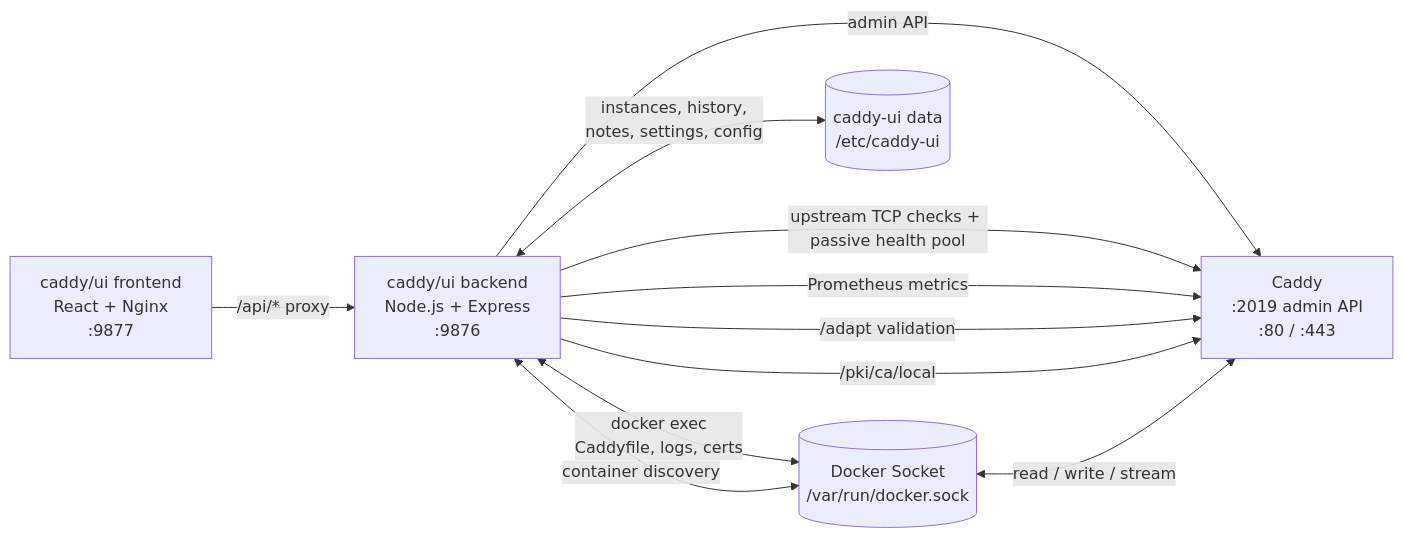
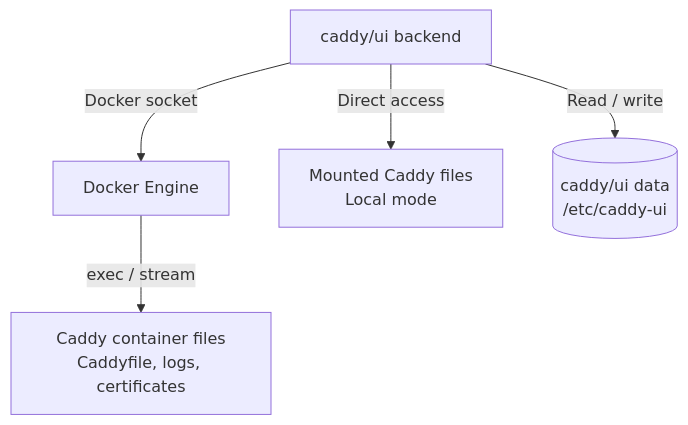
One commit to zackwag/caddy-ui changed the second of 2 diagrams in docs/src/architecture.md. Above: the diagram before and after it, drawn with Mermaid. The commit also changed other lines of this file and 2 other files, not shown here.

Commit message:
docs: improve architecture diagram readability

````diff
--- a/docs/src/architecture.md
+++ b/docs/src/architecture.md
@@ -5,19 +26,15 @@
 ```mermaid
-graph LR
-    FE["caddy/ui frontend\nReact + Nginx\n:9877"]
-    BE["caddy/ui backend\nNode.js + Express\n:9876"]
-    DS[("Docker Socket\n/var/run/docker.sock")]
-    CA["Caddy\n:2019 admin API\n:80 / :443"]
-    UI_DATA[("caddy-ui data\n/etc/caddy-ui")]
+flowchart TB
+    accTitle: Files and persistent data
+    accDescr: In Docker mode the backend accesses Caddy container files through the Docker Engine. In local mode it accesses mounted files directly. Application data is stored separately.
+    BE["caddy/ui backend"]
+    DOCKER["Docker Engine"]
+    LOCAL["Mounted Caddy files<br/>Local mode"]
+    DATA[("caddy/ui data<br/>/etc/caddy-ui")]
+    FILES["Caddy container files<br/>Caddyfile, logs, certificates"]
 
-    FE -->|"/api/* proxy"| BE
-    BE -->|"admin API"| CA
-    BE -->|"upstream TCP checks + passive health pool"| CA
-    BE -->|"Prometheus metrics"| CA
-    BE -->|"/adapt validation"| CA
-    BE -->|"/pki/ca/local"| CA
-    BE <-->|"docker exec\nCaddyfile, logs, certs"| DS
-    DS <-->|"read / write / stream"| CA
-    BE <-->|"container discovery"| DS
-    BE <-->|"instances, history,\nnotes, settings, config"| UI_DATA
+    BE -->|"Docker socket"| DOCKER
+    DOCKER -->|"exec / stream"| FILES
+    BE -->|"Direct access"| LOCAL
+    BE -->|"Read / write"| DATA
 ```
````
